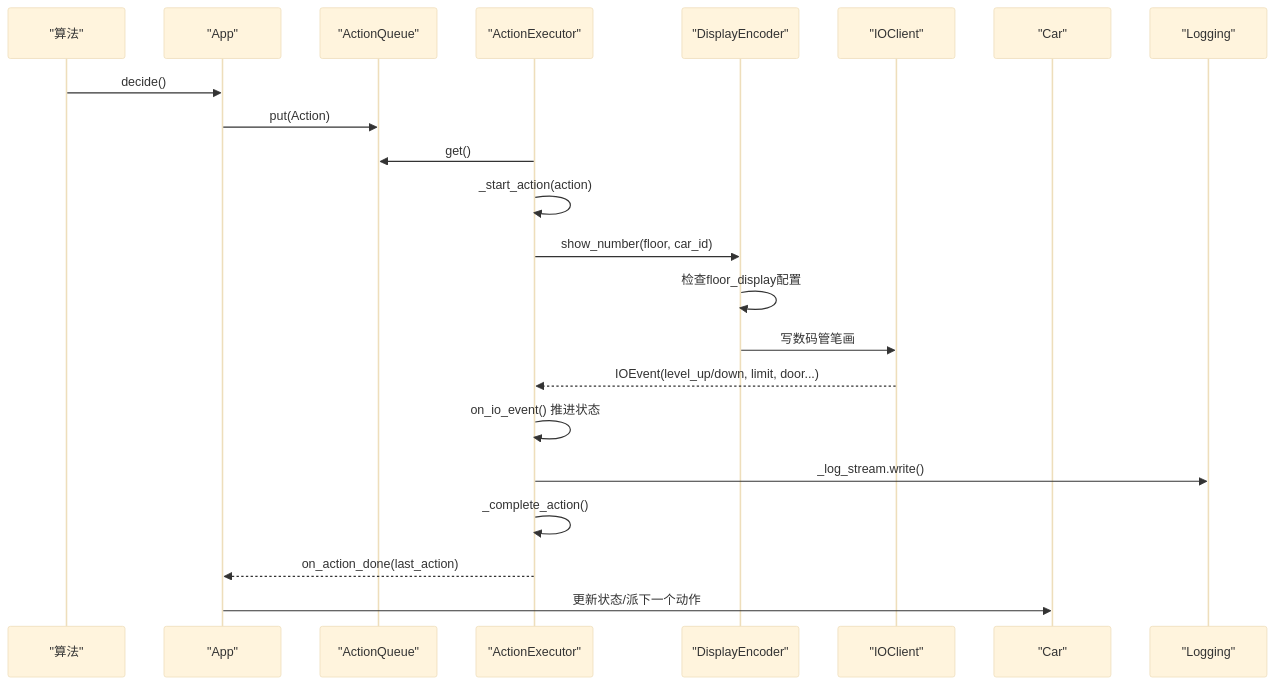
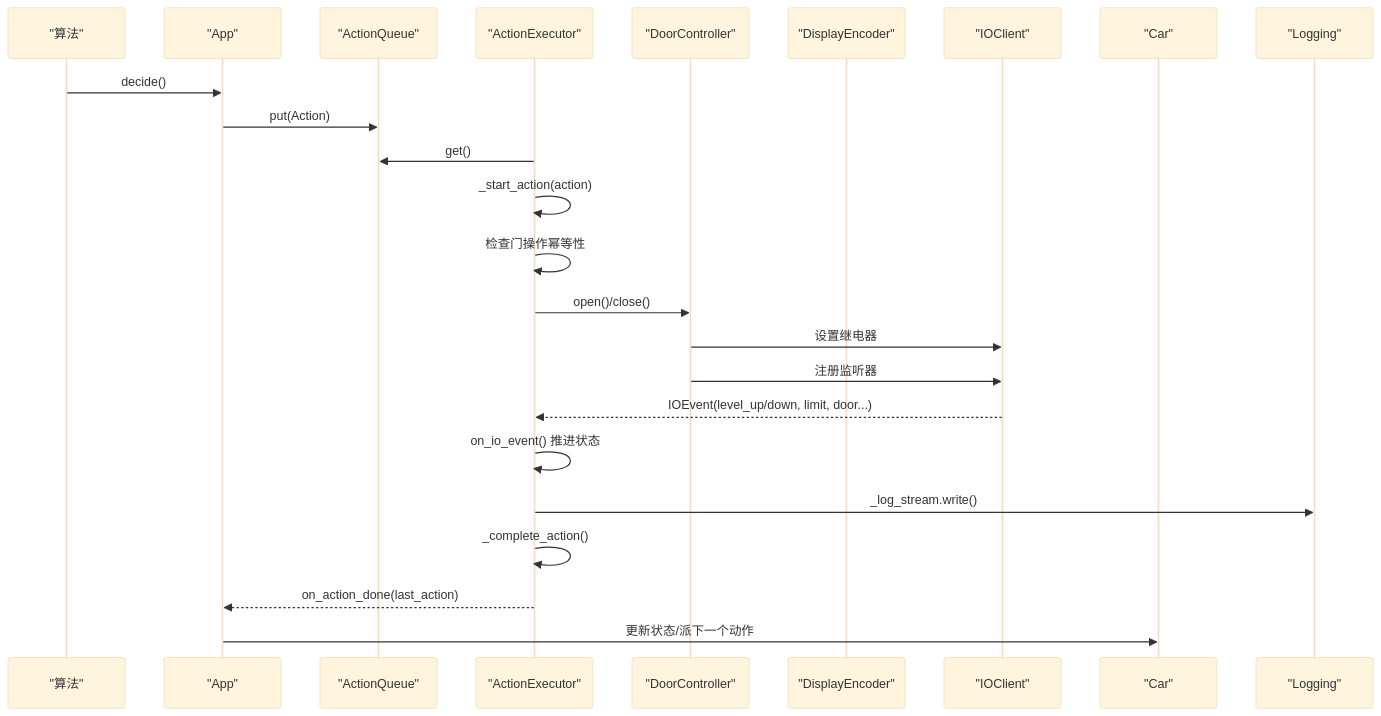
One commit to xmb505/Haku_EET changed the third of 10 diagrams in .qoder/repowiki/zh/content/接口契约/接口契约.md. Above: the diagram before and after it, drawn with Mermaid (base theme). The commit also changed other lines of this file and 27 other files, not shown here.

````diff
--- a/.qoder/repowiki/zh/content/接口契约/接口契约.md
+++ b/.qoder/repowiki/zh/content/接口契约/接口契约.md
@@ -175,24 +185,26 @@
 ```mermaid
 sequenceDiagram
 participant ALG as "算法"
 participant APP as "App"
 participant Q as "ActionQueue"
 participant EXE as "ActionExecutor"
+participant DC as "DoorController"
 participant DISP as "DisplayEncoder"
 participant IO as "IOClient"
 participant CAR as "Car"
 participant LOG as "Logging"
 ALG->>APP : decide()
 APP->>Q : put(Action)
 EXE->>Q : get()
 EXE->>EXE : _start_action(action)
-EXE->>DISP : show_number(floor, car_id)
-DISP->>DISP : 检查floor_display配置
-DISP->>IO : 写数码管笔画
+EXE->>EXE : 检查门操作幂等性
+EXE->>DC : open()/close()
+DC->>IO : 设置继电器
+DC->>IO : 注册监听器
 IO-->>EXE : IOEvent(level_up/down, limit, door...)
 EXE->>EXE : on_io_event() 推进状态
 EXE->>LOG : _log_stream.write()
 EXE->>EXE : _complete_action()
 EXE-->>APP : on_action_done(last_action)
 APP->>CAR : 更新状态/派下一个动作
 ```
````
